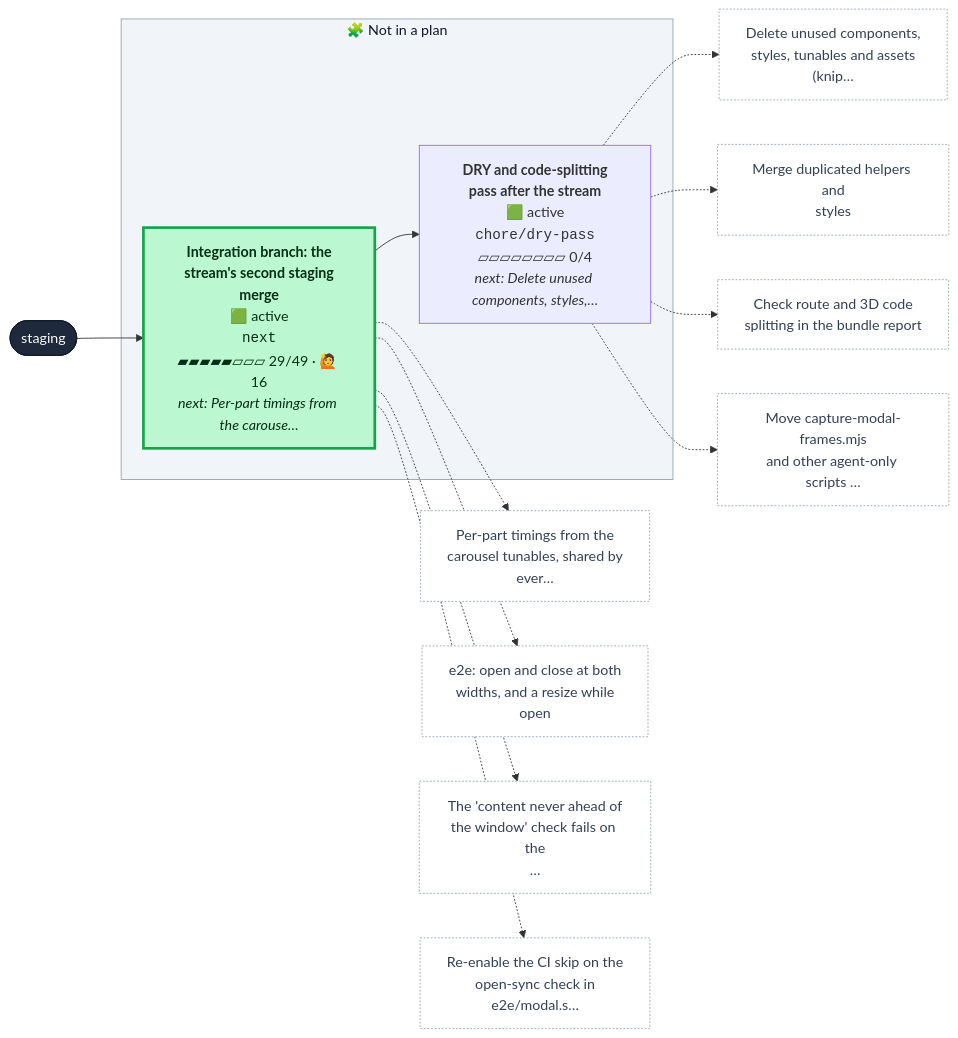
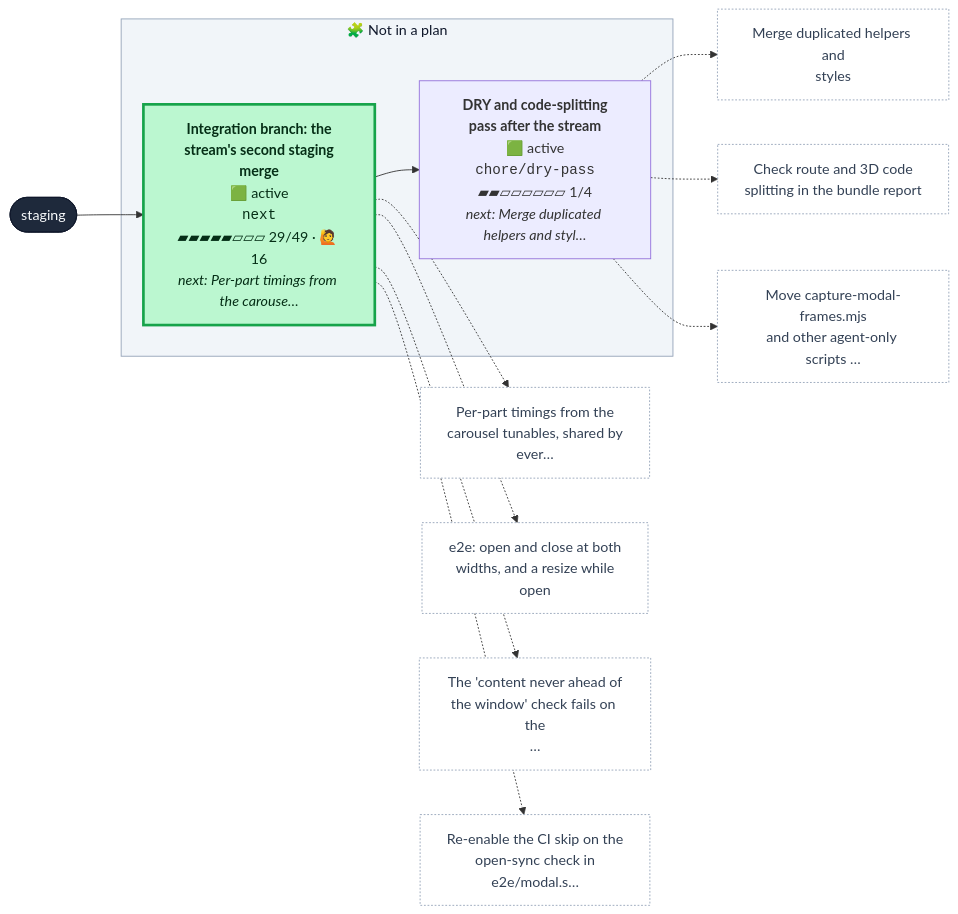
The first of 2 diagrams in CONTRIBUTING.md (henryjonescodes/portfolio), drawn with Mermaid before and after one commit. The commit also changed other lines of this file and 2 other files, not shown here.

````diff
--- a/CONTRIBUTING.md
+++ b/CONTRIBUTING.md
@@ -16,47 +16,44 @@
 ```mermaid
 flowchart LR
   n_staging([staging])
   class n_staging trunk
   subgraph loose["🧩 Not in a plan"]
-    n_chore_dry_pass["<b>DRY and code-splitting<br/>pass after the stream</b><br/>🟩 active<br/><code>chore/dry-pass</code><br/>▱▱▱▱▱▱▱▱ 0/4<br/><i>next: Delete unused components, styles,…</i>"]
+    n_chore_dry_pass["<b>DRY and code-splitting<br/>pass after the stream</b><br/>🟩 active<br/><code>chore/dry-pass</code><br/>▰▰▱▱▱▱▱▱ 1/4<br/><i>next: Merge duplicated helpers and styl…</i>"]
     class n_chore_dry_pass active,current
     n_next["<b>Integration branch: the<br/>stream's second staging<br/>merge</b><br/>🟩 active<br/><code>next</code><br/>▰▰▰▰▰▱▱▱ 29/49 · 🙋 16<br/><i>next: Per-part timings from the carouse…</i>"]
     class n_next active
   end
   style loose fill:#f1f5f9,stroke:#94a3b8,color:#0f172a
   n_next --> n_chore_dry_pass
   n_staging --> n_next
-  n_chore_dry_pass_t0["Delete unused components,<br/>styles, tunables and assets<br/>(knip…"]
+  n_chore_dry_pass_t0["Merge duplicated helpers and<br/>styles"]
   class n_chore_dry_pass_t0 todo
   n_chore_dry_pass -.-> n_chore_dry_pass_t0
-  n_chore_dry_pass_t1["Merge duplicated helpers and<br/>styles"]
+  n_chore_dry_pass_t1["Check route and 3D code<br/>splitting in the bundle report"]
   class n_chore_dry_pass_t1 todo
   n_chore_dry_pass -.-> n_chore_dry_pass_t1
-  n_chore_dry_pass_t2["Check route and 3D code<br/>splitting in the bundle report"]
+  n_chore_dry_pass_t2["Move capture-modal-frames.mjs<br/>and other agent-only scripts …"]
   class n_chore_dry_pass_t2 todo
   n_chore_dry_pass -.-> n_chore_dry_pass_t2
-  n_chore_dry_pass_t3["Move capture-modal-frames.mjs<br/>and other agent-only scripts …"]
-  class n_chore_dry_pass_t3 todo
-  n_chore_dry_pass -.-> n_chore_dry_pass_t3
   n_next_t0["Per-part timings from the<br/>carousel tunables, shared by<br/>ever…"]
   class n_next_t0 todo
   n_next -.-> n_next_t0
   n_next_t1["e2e: open and close at both<br/>widths, and a resize while<br/>open"]
   class n_next_t1 todo
   n_next -.-> n_next_t1
   n_next_t2["The 'content never ahead of<br/>the window' check fails on the<br/>…"]
   class n_next_t2 todo
   n_next -.-> n_next_t2
   n_next_t3["Re-enable the CI skip on the<br/>open-sync check in<br/>e2e/modal.s…"]
   class n_next_t3 todo
   n_next -.-> n_next_t3
   classDef merged fill:#dcfce7,stroke:#16a34a,color:#052e16
   classDef todo fill:#ffffff,stroke:#94a3b8,stroke-dasharray:2 2,color:#334155
   classDef planned fill:#c7d2fe,stroke:#4f46e5,color:#1e1b4b
   classDef sketched fill:#f8fafc,stroke:#64748b,stroke-dasharray:4 3,color:#334155
   classDef active fill:#bbf7d0,stroke:#16a34a,stroke-width:3px,color:#052e16
   classDef review fill:#fde68a,stroke:#d97706,stroke-width:3px,color:#451a03
   classDef blocked fill:#fecaca,stroke:#dc2626,stroke-width:3px,color:#450a0a
   classDef trunk fill:#1e293b,stroke:#0f172a,color:#f8fafc
   classDef current stroke:#0ea5e9,stroke-width:5px
 ```
````
